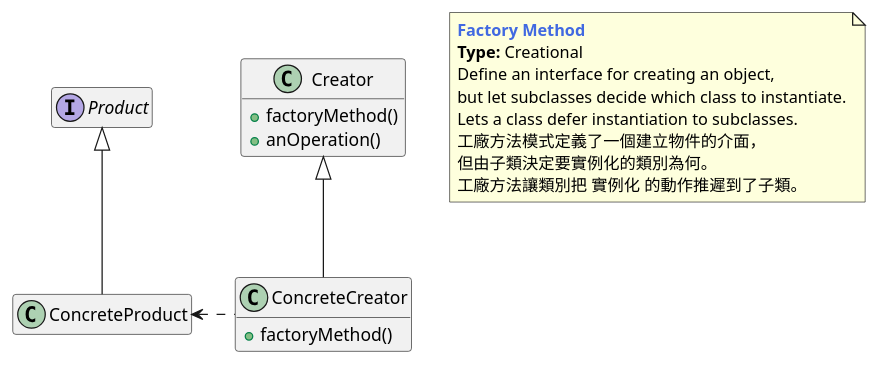
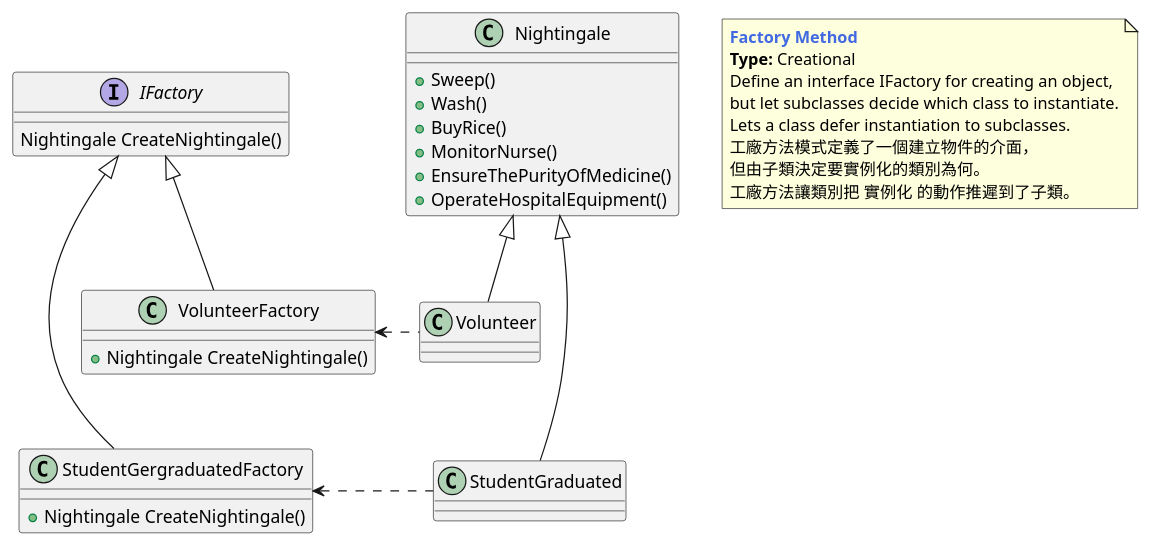
One commit to bryan1201/GitRespo changed the diagram in DesignPatterns/DesignPattern/Nightingale/Factory_Nightingale.puml. Above: the diagram before and after it, drawn with PlantUML. The commit also changed 13 other files, not shown here.

```diff
--- a/DesignPatterns/DesignPattern/Nightingale/Factory_Nightingale.puml
+++ b/DesignPatterns/DesignPattern/Nightingale/Factory_Nightingale.puml
@@ -5,33 +5,46 @@
 @startuml Factory_Nightingale
 
-class Creator {
-    + factoryMethod()
-    + anOperation()
+interface IFactory{
+    Nightingale CreateNightingale()
 }
 
-class ConcreteCreator {
-    + factoryMethod()
+class StudentGergraduatedFactory{
+    + Nightingale CreateNightingale()
 }
 
-interface Product
+class VolunteerFactory{
+    + Nightingale CreateNightingale()
+}
 
-class ConcreteProduct
+class Nightingale    {
+    + Sweep()
+    + Wash()
+    + BuyRice()
+    + MonitorNurse()
+    + EnsureThePurityOfMedicine()
+    + OperateHospitalEquipment()
+}
 
-hide empty members
+class StudentGraduated
+class Volunteer
 
-Product <|-- ConcreteProduct
-Creator <|-- ConcreteCreator
-ConcreteProduct <. ConcreteCreator
+StudentGergraduatedFactory --up-|> IFactory
+VolunteerFactory -up-|> IFactory
+StudentGraduated -up-|> Nightingale
+Volunteer -up-|> Nightingale 
+
+StudentGraduated .left.> StudentGergraduatedFactory
+Volunteer .left.> VolunteerFactory
 
 note as N1
     <b><color:royalBlue>Factory Method</color></b>
     <b>Type:</b> Creational
-    Define an interface for creating an object,
+    Define an interface IFactory for creating an object,
     but let subclasses decide which class to instantiate.
     Lets a class defer instantiation to subclasses.
     工廠方法模式定義了一個建立物件的介面，
     但由子類決定要實例化的類別為何。
     工廠方法讓類別把 實例化 的動作推遲到了子類。
 end note
 
 @enduml
```
